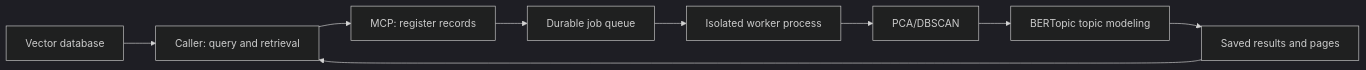
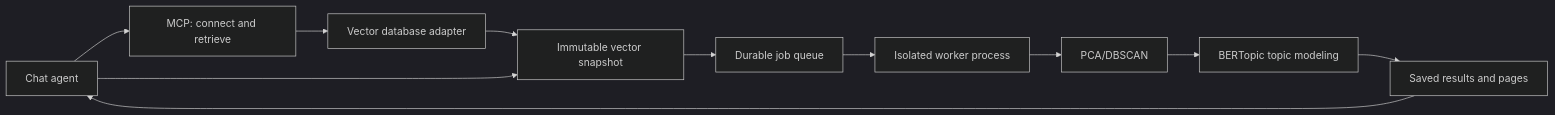
The diagram in docs/architecture.md (EigenLake-Org/eigenlens), drawn with Mermaid (dark theme) before and after one commit. The commit also changed other lines of this file and 26 other files, not shown here.

Commit message:
Add encrypted MCP database connections and extensible retrieval adapters

````diff
--- a/docs/architecture.md
+++ b/docs/architecture.md
@@ -3,11 +3,13 @@
 ```mermaid
 flowchart LR
-    Q[Vector database] --> C[Caller: query and retrieval]
-    C --> R[MCP: register records]
+    C[Chat agent] --> D[MCP: connect and retrieve]
+    D --> Q[Vector database adapter]
+    Q --> R[Immutable vector snapshot]
+    C --> R
     R --> S[Durable job queue]
     S --> W[Isolated worker process]
     W --> A[PCA/DBSCAN]
     A --> T[BERTopic topic modeling]
     T --> P[Saved results and pages]
     P --> C
 ```
````
